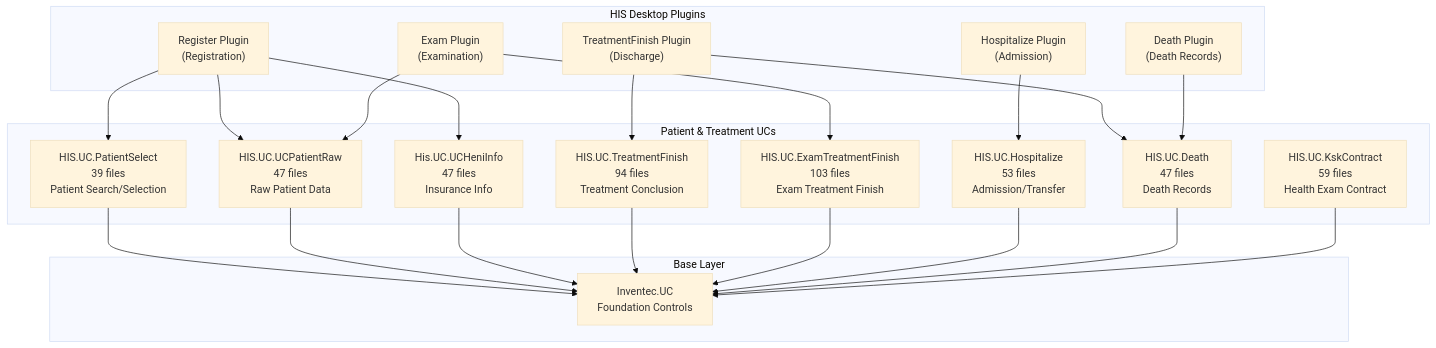
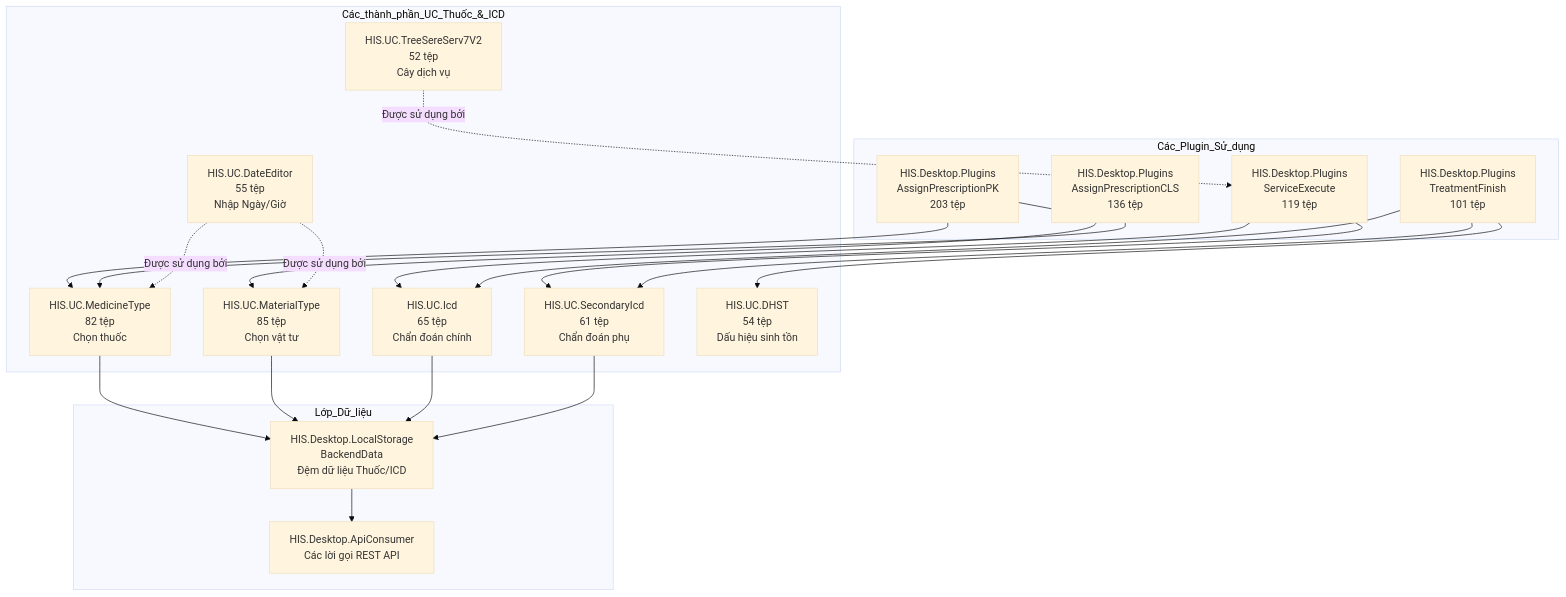
Diagram 12 of 20 in docs/his-ba-documentation/02-modules/uc-controls/form-type-controls.md (thangpnb/HIS), drawn with Mermaid (base theme) before and after one commit. The commit also changed other lines of this file and 30 other files, not shown here.

Commit message:
Refactor architecture docs and update translations

````diff
--- a/docs/his-ba-documentation/02-modules/uc-controls/form-type-controls.md
+++ b/docs/his-ba-documentation/02-modules/uc-controls/form-type-controls.md
@@ -862,48 +1552,44 @@
 ```mermaid
 graph TB
-    subgraph "HIS Desktop Plugins"
-        Register["Register Plugin<br/>(Registration)"]
-        Exam["Exam Plugin<br/>(Examination)"]
-        TreatFinish["TreatmentFinish Plugin<br/>(Discharge)"]
-        Hospitalize_Plugin["Hospitalize Plugin<br/>(Admission)"]
-        Death_Plugin["Death Plugin<br/>(Death Records)"]
+    subgraph "Các_thành_phần_UC_Thuốc_&_ICD"
+        MedicineType["HIS.UC.MedicineType<br/>82 tệp<br/>Chọn thuốc"]
+        MaterialType["HIS.UC.MaterialType<br/>85 tệp<br/>Chọn vật tư"]
+        Icd["HIS.UC.Icd<br/>65 tệp<br/>Chẩn đoán chính"]
+        SecondaryIcd["HIS.UC.SecondaryIcd<br/>61 tệp<br/>Chẩn đoán phụ"]
+        DHST["HIS.UC.DHST<br/>54 tệp<br/>Dấu hiệu sinh tồn"]
+        DateEditor["HIS.UC.DateEditor<br/>55 tệp<br/>Nhập Ngày/Giờ"]
+        TreeSereServ["HIS.UC.TreeSereServ7V2<br/>52 tệp<br/>Cây dịch vụ"]
     end
     
-    subgraph "Patient & Treatment UCs"
-        PatientSelect["HIS.UC.PatientSelect<br/>39 files<br/>Patient Search/Selection"]
-        UCPatientRaw["HIS.UC.UCPatientRaw<br/>47 files<br/>Raw Patient Data"]
-        UCHeniInfo["His.UC.UCHeniInfo<br/>47 files<br/>Insurance Info"]
-        TreatmentFinish["HIS.UC.TreatmentFinish<br/>94 files<br/>Treatment Conclusion"]
-        ExamTreatmentFinish["HIS.UC.ExamTreatmentFinish<br/>103 files<br/>Exam Treatment Finish"]
-        Hospitalize["HIS.UC.Hospitalize<br/>53 files<br/>Admission/Transfer"]
-        Death["HIS.UC.Death<br/>47 files<br/>Death Records"]
-        KskContract["HIS.UC.KskContract<br/>59 files<br/>Health Exam Contract"]
+    subgraph "Các_Plugin_Sử_dụng"
+        AssignPrescription["HIS.Desktop.Plugins<br/>AssignPrescriptionPK<br/>203 tệp"]
+        AssignPrescriptionCLS["HIS.Desktop.Plugins<br/>AssignPrescriptionCLS<br/>136 tệp"]
+        ServiceExecute["HIS.Desktop.Plugins<br/>ServiceExecute<br/>119 tệp"]
+        TreatmentFinish["HIS.Desktop.Plugins<br/>TreatmentFinish<br/>101 tệp"]
     end
     
-    subgraph "Base Layer"
-        InventecUC["Inventec.UC<br/>Foundation Controls"]
+    subgraph "Lớp_Dữ_liệu"
+        BackendData["HIS.Desktop.LocalStorage<br/>BackendData<br/>Đệm dữ liệu Thuốc/ICD"]
+        ApiConsumer["HIS.Desktop.ApiConsumer<br/>Các lời gọi REST API"]
     end
     
-    Register --> PatientSelect
-    Register --> UCPatientRaw
-    Register --> UCHeniInfo
+    AssignPrescription --> MedicineType
+    AssignPrescription --> MaterialType
+    AssignPrescriptionCLS --> MedicineType
+    ServiceExecute --> Icd
+    ServiceExecute --> SecondaryIcd
+    TreatmentFinish --> Icd
+    TreatmentFinish --> SecondaryIcd
+    TreatmentFinish --> DHST
     
-    Exam --> ExamTreatmentFinish
-    Exam --> UCPatientRaw
+    MedicineType --> BackendData
+    MaterialType --> BackendData
+    Icd --> BackendData
+    SecondaryIcd --> BackendData
     
-    TreatFinish --> TreatmentFinish
-    TreatFinish --> Death
+    BackendData --> ApiConsumer
     
-    Hospitalize_Plugin --> Hospitalize
-    
-    Death_Plugin --> Death
-    
-    PatientSelect --> InventecUC
-    UCPatientRaw --> InventecUC
-    UCHeniInfo --> InventecUC
-    TreatmentFinish --> InventecUC
-    ExamTreatmentFinish --> InventecUC
-    Hospitalize --> InventecUC
-    Death --> InventecUC
-    KskContract --> InventecUC
+    DateEditor -.->|"Được sử dụng bởi"| MedicineType
+    DateEditor -.->|"Được sử dụng bởi"| MaterialType
+    TreeSereServ -.->|"Được sử dụng bởi"| ServiceExecute
 ```
````
